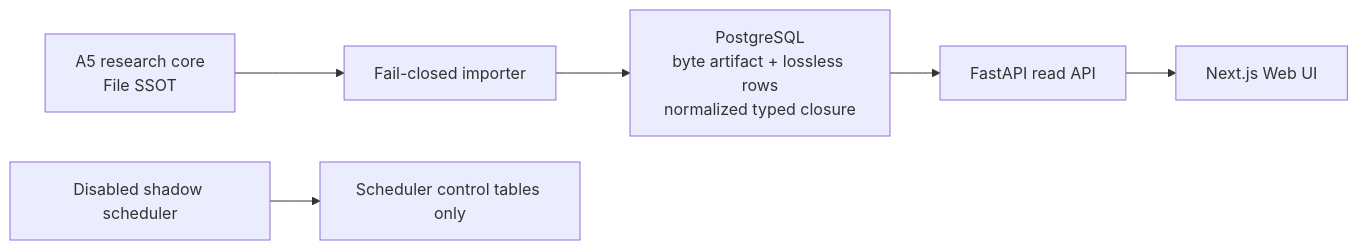
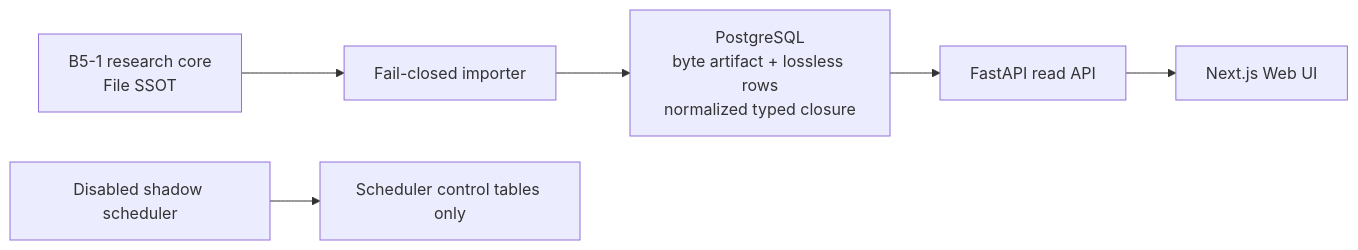
The diagram in README.md (PXShou329/PCR_TW_Project), drawn with Mermaid before and after one commit. The commit also changed other lines of this file and 74 other files, not shown here.

````diff
--- a/README.md
+++ b/README.md
@@ -34,8 +39,8 @@
 ```mermaid
 flowchart LR
-  RC["A5 research core\nFile SSOT"] --> IM["Fail-closed importer"]
+  RC["B5-1 research core\nFile SSOT"] --> IM["Fail-closed importer"]
   IM --> DB["PostgreSQL\nbyte artifact + lossless rows\nnormalized typed closure"]
   DB --> API["FastAPI read API"]
   API --> WEB["Next.js Web UI"]
   SCH["Disabled shadow scheduler"] --> CTRL["Scheduler control tables only"]
 ```
````
